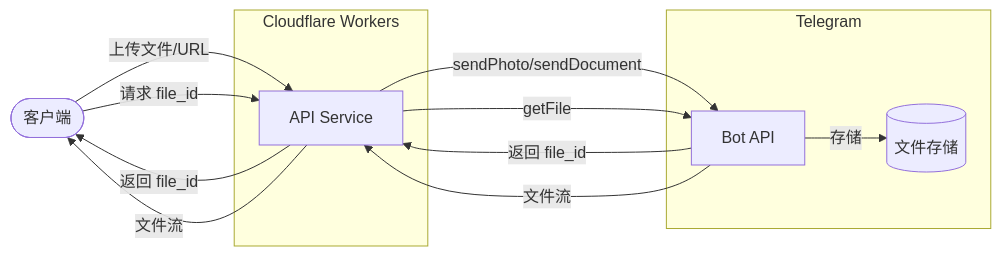
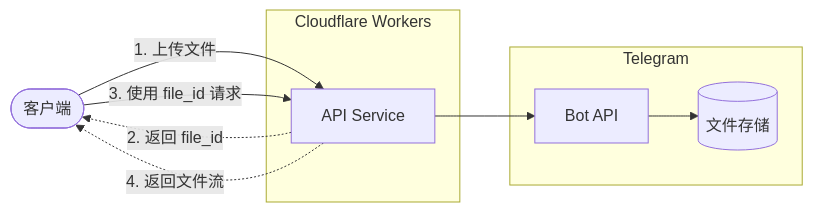
Before and after one commit to awsl-project/awsl-telegram-storage: the diagram in README.md, drawn with Mermaid.

Commit message:
docs: simplify architecture diagram with 4-step flow
🤖 Generated with [Claude Code](https://claude.com/claude-code)

````diff
--- a/README.md
+++ b/README.md
@@ -16,24 +16,18 @@
 ```mermaid
 flowchart LR
     Client([客户端])
 
     subgraph CF[Cloudflare Workers]
         API[API Service]
     end
 
     subgraph TG[Telegram]
         Bot[Bot API]
         Storage[(文件存储)]
     end
 
-    Client -->|上传文件/URL| API
-    API -->|sendPhoto/sendDocument| Bot
-    Bot -->|存储| Storage
-    Bot -->|返回 file_id| API
-    API -->|返回 file_id| Client
-
-    Client -->|请求 file_id| API
-    API -->|getFile| Bot
-    Bot -->|文件流| API
-    API -->|文件流| Client
+    Client -->|1. 上传文件| API --> Bot --> Storage
+    API -.->|2. 返回 file_id| Client
+    Client -->|3. 使用 file_id 请求| API
+    API -.->|4. 返回文件流| Client
 ```
````
